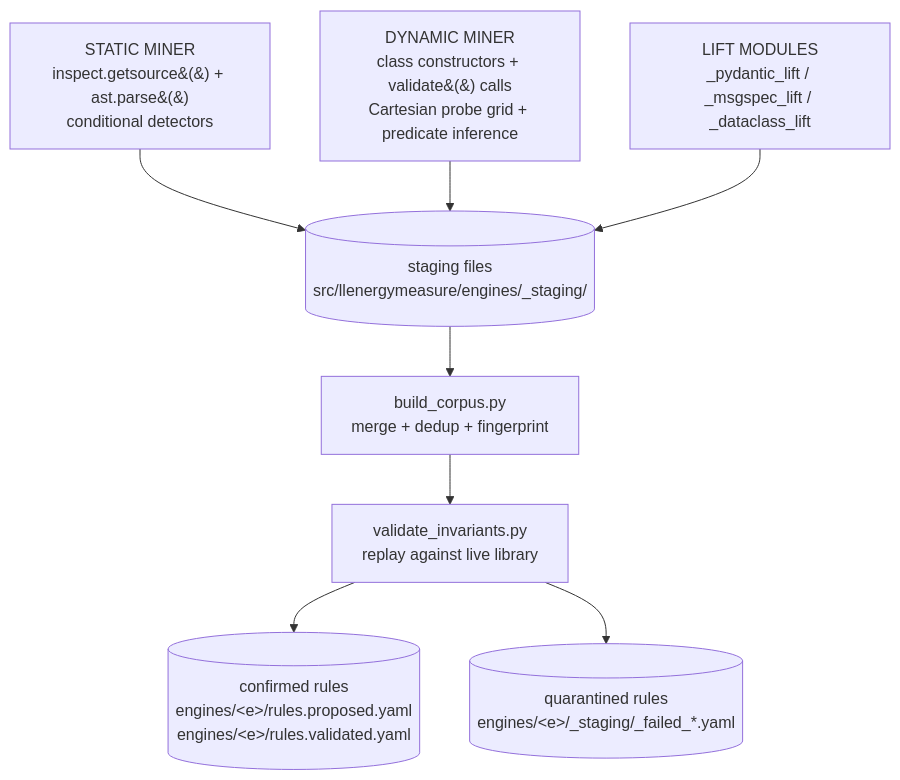
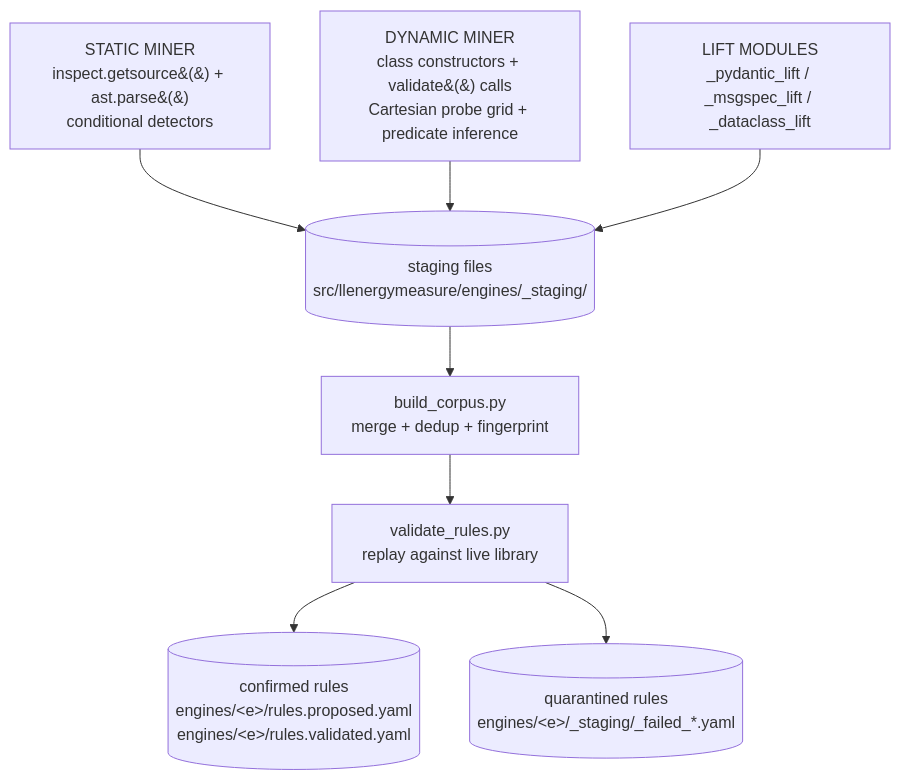
The fourth of 8 diagrams in docs/explanation/architecture/engine-introspection-pipelines.md (henrycgbaker/LLenergyMeasure), drawn with Mermaid before and after one commit. The commit also changed other lines of this file and 33 other files, not shown here.

First line of the commit message:
refactor(ci): complete invariants->rules rename on scripts + workflows

````diff
--- a/docs/explanation/architecture/engine-introspection-pipelines.md
+++ b/docs/explanation/architecture/engine-introspection-pipelines.md
@@ -217,18 +217,18 @@
 ```mermaid
 flowchart TD
     static[STATIC MINER<br/>inspect.getsource&#40;&#41; + ast.parse&#40;&#41;<br/>conditional detectors]
     dynamic[DYNAMIC MINER<br/>class constructors + validate&#40;&#41; calls<br/>Cartesian probe grid + predicate inference]
     lift[LIFT MODULES<br/>_pydantic_lift / _msgspec_lift / _dataclass_lift]
     staging[(staging files<br/>src/llenergymeasure/engines/_staging/)]
     build[build_corpus.py<br/>merge + dedup + fingerprint]
-    replay[validate_invariants.py<br/>replay against live library]
+    replay[validate_rules.py<br/>replay against live library]
     confirmed[(confirmed rules<br/>engines/&lt;e&gt;/rules.proposed.yaml<br/>engines/&lt;e&gt;/rules.validated.yaml)]
     quarantined[(quarantined rules<br/>engines/&lt;e&gt;/_staging/_failed_*.yaml)]
 
     static --> staging
     dynamic --> staging
     lift --> staging
     staging --> build --> replay
     replay --> confirmed
     replay --> quarantined
 ```
````
